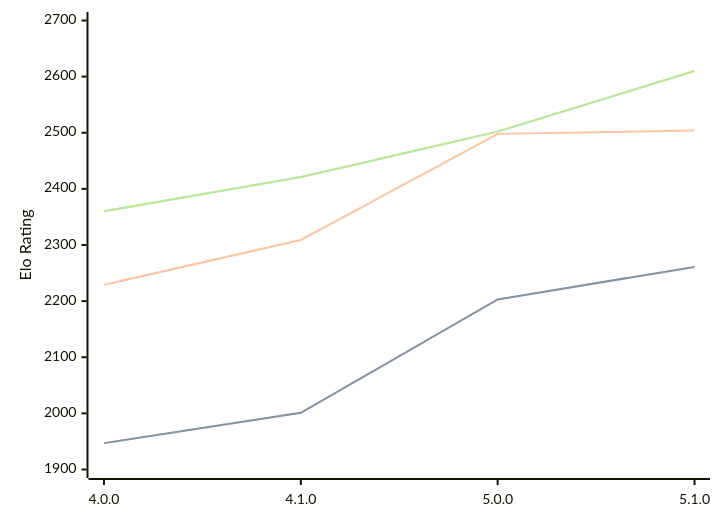
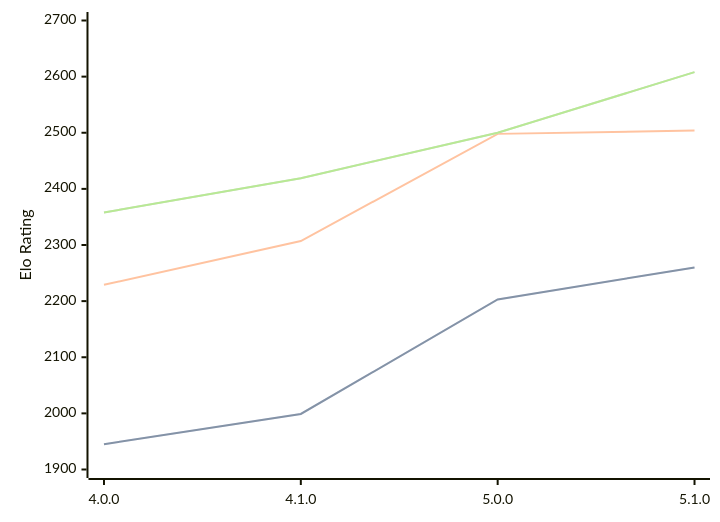
Before and after one commit to computer-chess-index/cci: the diagram in engines/Aconcagua.md, drawn with Mermaid. The commit also changed other lines of this file, not shown here.

Commit message:
Update CCI Ratings (ELO VLTC) - 2026-03-09

````diff
--- a/engines/Aconcagua.md
+++ b/engines/Aconcagua.md
@@ -41,11 +41,11 @@
 ```mermaid
 %%{init: {"theme":"base","themeVariables":{"seriesColors:['#a3a3a3','#222221','#faa371']}}}%%
 xychart-beta
   x-axis ["4.0.0", "4.1.0", "5.0.0", "5.1.0"]
   y-axis "Elo Rating" 1900 --> 2700
-  line "STC (8.0+0.08s)" [1947, 2001, 2203, 2261]
-  line "STC (8.0+0.08s)" [1947, 2001, 2203, 2261]
-  line "LTC (60.0+0.60s)" [2229, 2309, 2498, 2504]
-  line "VLTC (2m24s+1.12s)" [2360, 2421, 2502, 2610]
-  line "VLTC (2m24s+1.12s)" [2360, 2421, 2502, 2610]
+  line "STC (8.0+0.08s)" [1945, 1999, 2203, 2260]
+  line "STC (8.0+0.08s)" [1945, 1999, 2203, 2260]
+  line "LTC (60.0+0.60s)" [2229, 2307, 2498, 2504]
+  line "VLTC (2m24s+1.12s)" [2358, 2419, 2500, 2608]
+  line "VLTC (2m24s+1.12s)" [2358, 2419, 2500, 2608]
 ```
````
